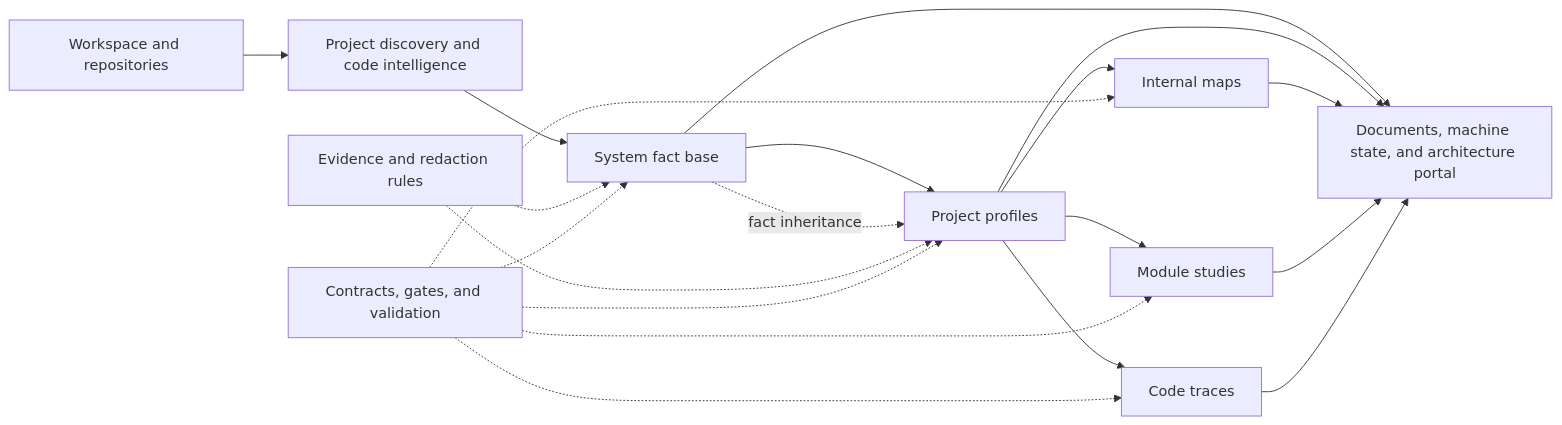
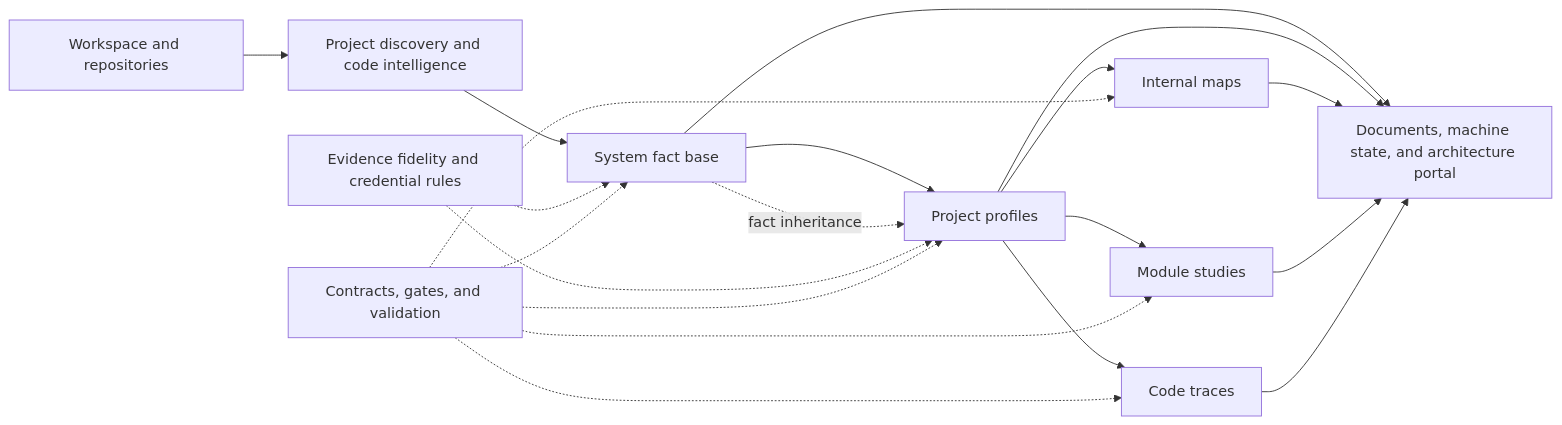
The diagram in README.md (lvxinrong/Kantu), drawn with Mermaid before and after one commit. The commit also changed other lines of this file and 39 other files, not shown here.

````diff
--- a/README.md
+++ b/README.md
@@ -72,22 +72,22 @@
 ```mermaid
 flowchart LR
     A["Workspace and repositories"] --> B["Project discovery and code intelligence"]
     B --> C["System fact base"]
     C --> D["Project profiles"]
     D --> E["Internal maps"]
     D --> F["Module studies"]
     D --> G["Code traces"]
     C -. "fact inheritance" .-> D
-    H["Evidence and redaction rules"] -.-> C
+    H["Evidence fidelity and credential rules"] -.-> C
     H -.-> D
     I["Contracts, gates, and validation"] -.-> C
     I -.-> D
     I -.-> E
     I -.-> F
     I -.-> G
     C --> J["Documents, machine state, and architecture portal"]
     D --> J
     E --> J
     F --> J
     G --> J
 ```
````
